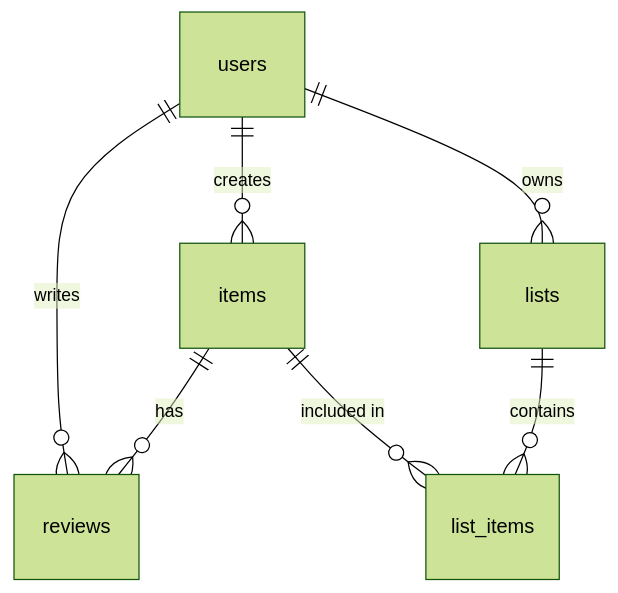
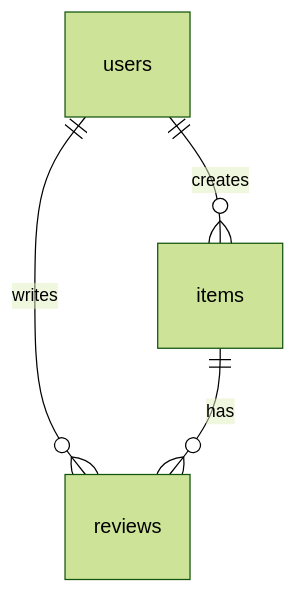
One commit to mrweinberg/opine changed the first of 2 diagrams in DESIGN.md. Above: the diagram before and after it, drawn with Mermaid (forest theme). The commit also changed other lines of this file, not shown here.

Commit message:
Remove the 'List' feature and pivot to a 'Review-First Item Creation Flow' with refined item attributes and indexing.

````diff
--- a/DESIGN.md
+++ b/DESIGN.md
@@ -149,9 +131,6 @@
 ```mermaid
 erDiagram
     users ||--o{ reviews : writes
     users ||--o{ items : creates
-    users ||--o{ lists : owns
     items ||--o{ reviews : has
-    lists ||--o{ list_items : contains
-    items ||--o{ list_items : "included in"
 ```
````
